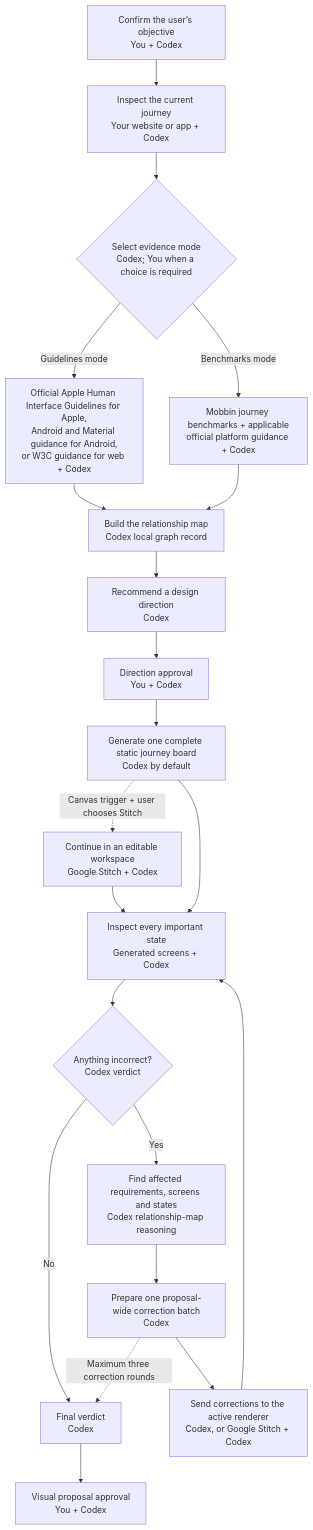
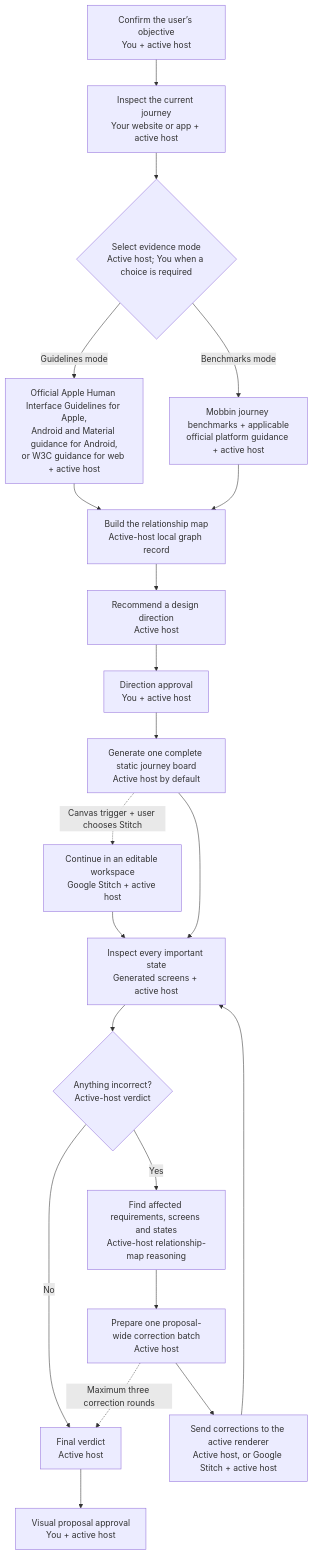
One commit to friedbeef1/mobbin-apple-guidelines-stitch changed the diagram in docs/using-design-arc.md. Above: the diagram before and after it, drawn with Mermaid. The commit also changed other lines of this file and 1 other file, not shown here.

````diff
--- a/docs/using-design-arc.md
+++ b/docs/using-design-arc.md
@@ -48,27 +50,27 @@
 ```mermaid
 flowchart TD
-    A["Confirm the user’s objective<br/>You + Codex"] --> B["Inspect the current journey<br/>Your website or app + Codex"]
-    B --> C{"Select evidence mode<br/>Codex; You when a choice is required"}
-    C -- "Guidelines mode" --> C1["Official Apple Human Interface Guidelines for Apple,<br/>Android and Material guidance for Android,<br/>or W3C guidance for web + Codex"]
-    C -- "Benchmarks mode" --> C2["Mobbin journey benchmarks + applicable<br/>official platform guidance + Codex"]
-    C1 --> D["Build the relationship map<br/>Codex local graph record"]
+    A["Confirm the user’s objective<br/>You + active host"] --> B["Inspect the current journey<br/>Your website or app + active host"]
+    B --> C{"Select evidence mode<br/>Active host; You when a choice is required"}
+    C -- "Guidelines mode" --> C1["Official Apple Human Interface Guidelines for Apple,<br/>Android and Material guidance for Android,<br/>or W3C guidance for web + active host"]
+    C -- "Benchmarks mode" --> C2["Mobbin journey benchmarks + applicable<br/>official platform guidance + active host"]
+    C1 --> D["Build the relationship map<br/>Active-host local graph record"]
     C2 --> D
 
-    D --> E["Recommend a design direction<br/>Codex"]
-    E --> F["Direction approval<br/>You + Codex"]
-    F --> G["Generate one complete static journey board<br/>Codex by default"]
-    G -. "Canvas trigger + user chooses Stitch" .-> GS["Continue in an editable workspace<br/>Google Stitch + Codex"]
+    D --> E["Recommend a design direction<br/>Active host"]
+    E --> F["Direction approval<br/>You + active host"]
+    F --> G["Generate one complete static journey board<br/>Active host by default"]
+    G -. "Canvas trigger + user chooses Stitch" .-> GS["Continue in an editable workspace<br/>Google Stitch + active host"]
     GS --> H
 
-    G --> H["Inspect every important state<br/>Generated screens + Codex"]
-    H --> I{"Anything incorrect?<br/>Codex verdict"}
+    G --> H["Inspect every important state<br/>Generated screens + active host"]
+    H --> I{"Anything incorrect?<br/>Active-host verdict"}
 
-    I -- "No" --> J["Final verdict<br/>Codex"]
-    I -- "Yes" --> K["Find affected requirements, screens and states<br/>Codex relationship-map reasoning"]
-    K --> L["Prepare one proposal-wide correction batch<br/>Codex"]
-    L --> M["Send corrections to the active renderer<br/>Codex, or Google Stitch + Codex"]
+    I -- "No" --> J["Final verdict<br/>Active host"]
+    I -- "Yes" --> K["Find affected requirements, screens and states<br/>Active-host relationship-map reasoning"]
+    K --> L["Prepare one proposal-wide correction batch<br/>Active host"]
+    L --> M["Send corrections to the active renderer<br/>Active host, or Google Stitch + active host"]
     M --> H
 
-    J --> N["Visual proposal approval<br/>You + Codex"]
+    J --> N["Visual proposal approval<br/>You + active host"]
     L -. "Maximum three correction rounds" .-> J
 ```
````
